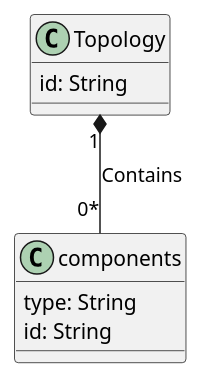
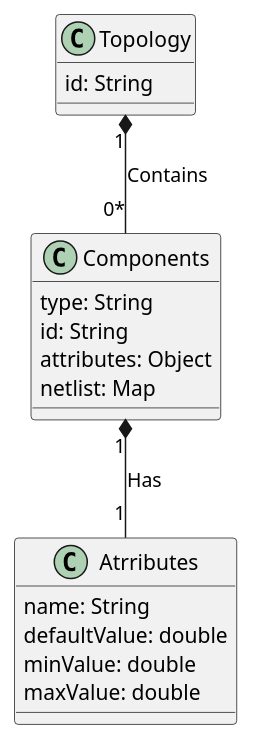
The diagram in classDiagram.puml (KarimElsayad247/MasterMicroTopologyAPI), drawn with PlantUML before and after one commit.

Commit message:
Flesh out diagram

```diff
--- a/classDiagram.puml
+++ b/classDiagram.puml
@@ -1,10 +1,20 @@
 @startuml
 class Topology {
     id: String
 }
-class components {
+class Components {
     type: String
     id: String
+    attributes: Object
+    netlist: Map
 }
-Topology "1" *-- "0*" components : Contains
+
+class Atrributes {
+    name: String
+    defaultValue: double
+    minValue: double
+    maxValue: double
+}
+Topology "1" *-- "0*" Components : Contains
+Components "1" *-- "1" Atrributes : Has
 @enduml
```
